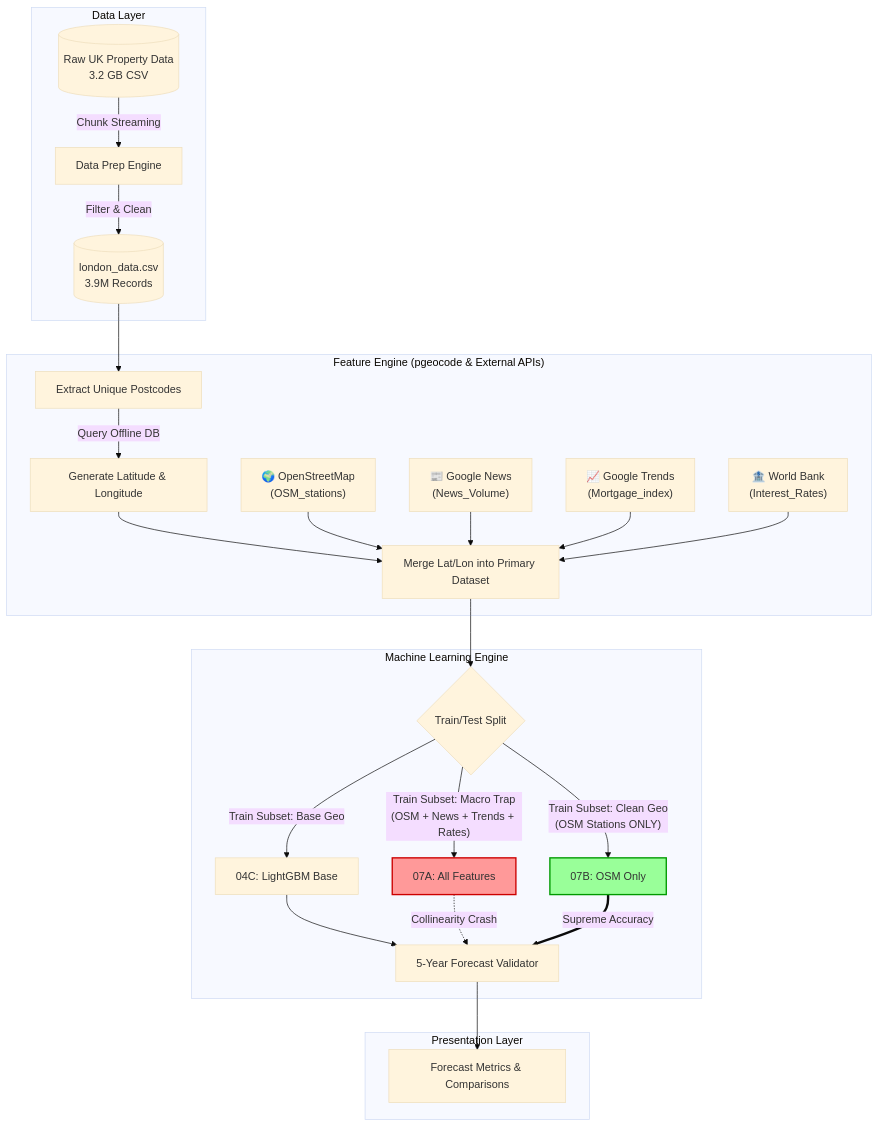
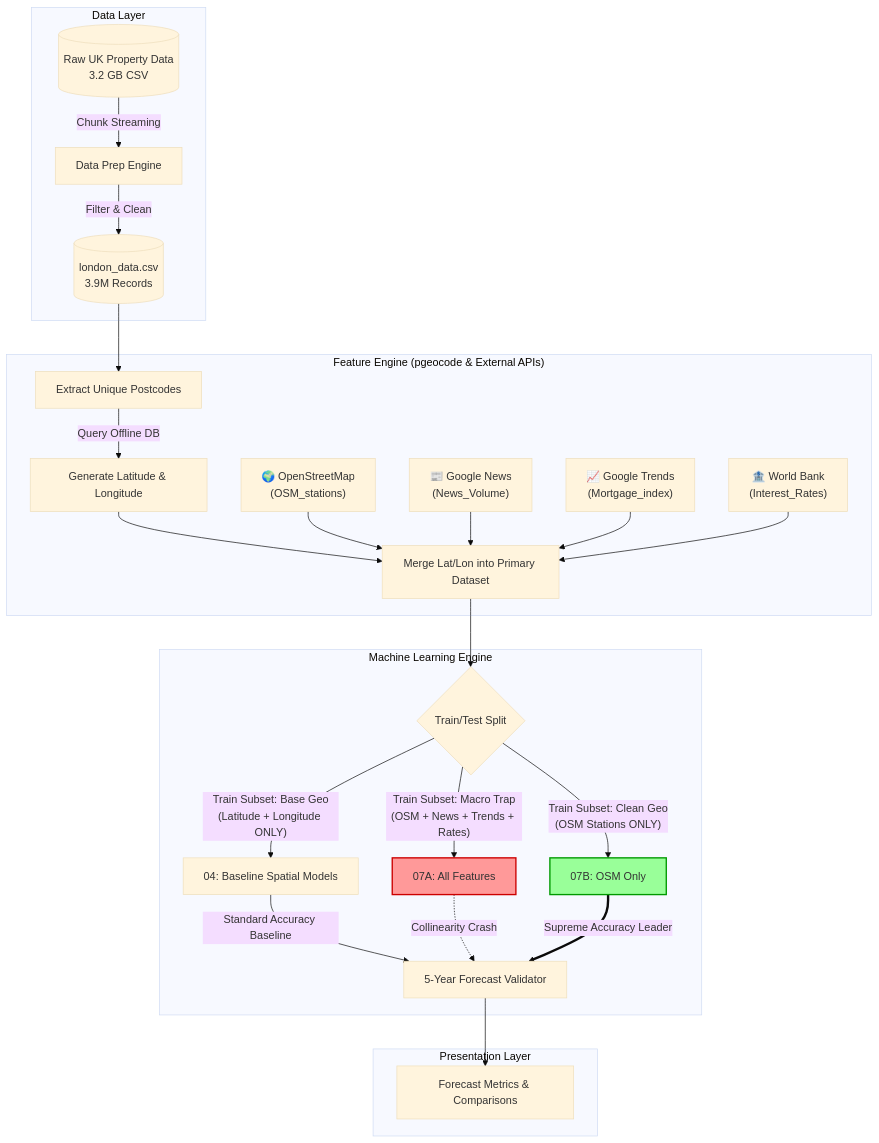
The first of 2 diagrams in README.md (SuyeshaMitra/Real_Estate_Demand_Estmation), drawn with Mermaid (base theme) before and after one commit.

Commit message:
Enhance Mermaid graph explicitly expanding node definitions cleanly stating Baseline Spatial Models accurately binding latitude geographic vectors upstream

````diff
--- a/README.md
+++ b/README.md
@@ -9,46 +9,46 @@
 ```mermaid
 graph TD
     classDef highlight fill:#ff9999,stroke:#cc0000,stroke-width:2px;
     classDef highlightB fill:#99ff99,stroke:#009900,stroke-width:2px;
 
     subgraph Data Layer
         A[(Raw UK Property Data\n3.2 GB CSV)] -->|Chunk Streaming| B[Data Prep Engine]
         B -->|Filter & Clean| C[(london_data.csv\n3.9M Records)]
     end
 
     subgraph "Feature Engine (pgeocode & External APIs)"
         C --> D[Extract Unique Postcodes]
         D -->|Query Offline DB| E[Generate Latitude & Longitude]
         E --> F[Merge Lat/Lon into Primary Dataset]
         
         API1["🌍 OpenStreetMap<br>(OSM_stations)"]
         API2["📰 Google News<br>(News_Volume)"]
         API3["📈 Google Trends<br>(Mortgage_index)"]
         API4["🏦 World Bank<br>(Interest_Rates)"]
         
         API1 --> F
         API2 --> F
         API3 --> F
         API4 --> F
     end
 
     subgraph Machine Learning Engine
         F --> G{Train/Test Split}
         
-        G -->|Train Subset: Base Geo| L[04C: LightGBM Base]
+        G -->|"Train Subset: Base Geo<br>(Latitude + Longitude ONLY)"| Base_Models[04: Baseline Spatial Models]
         
         G -->|"Train Subset: Macro Trap<br>(OSM + News + Trends + Rates)"| A_Models[07A: All Features]
         class A_Models highlight;
         
         G -->|"Train Subset: Clean Geo<br>(OSM Stations ONLY)"| B_Models[07B: OSM Only]
         class B_Models highlightB;
         
-        L --> I[5-Year Forecast Validator]
+        Base_Models -->|"Standard Accuracy Baseline"| I[5-Year Forecast Validator]
         A_Models -.->|"Collinearity Crash"| I
-        B_Models ==>|"Supreme Accuracy"| I
+        B_Models ==>|"Supreme Accuracy Leader"| I
     end
 
     subgraph Presentation Layer
         I --> K[Forecast Metrics & Comparisons]
     end
 ```
````
